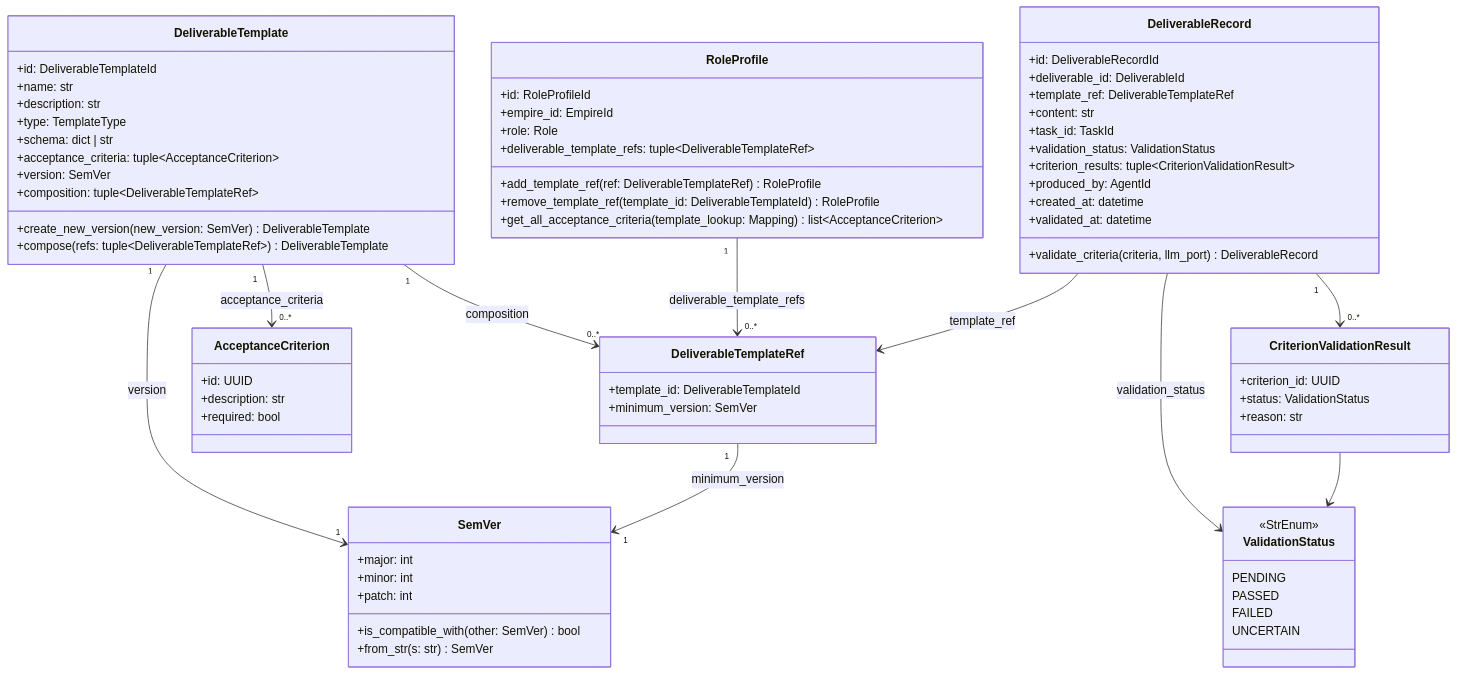
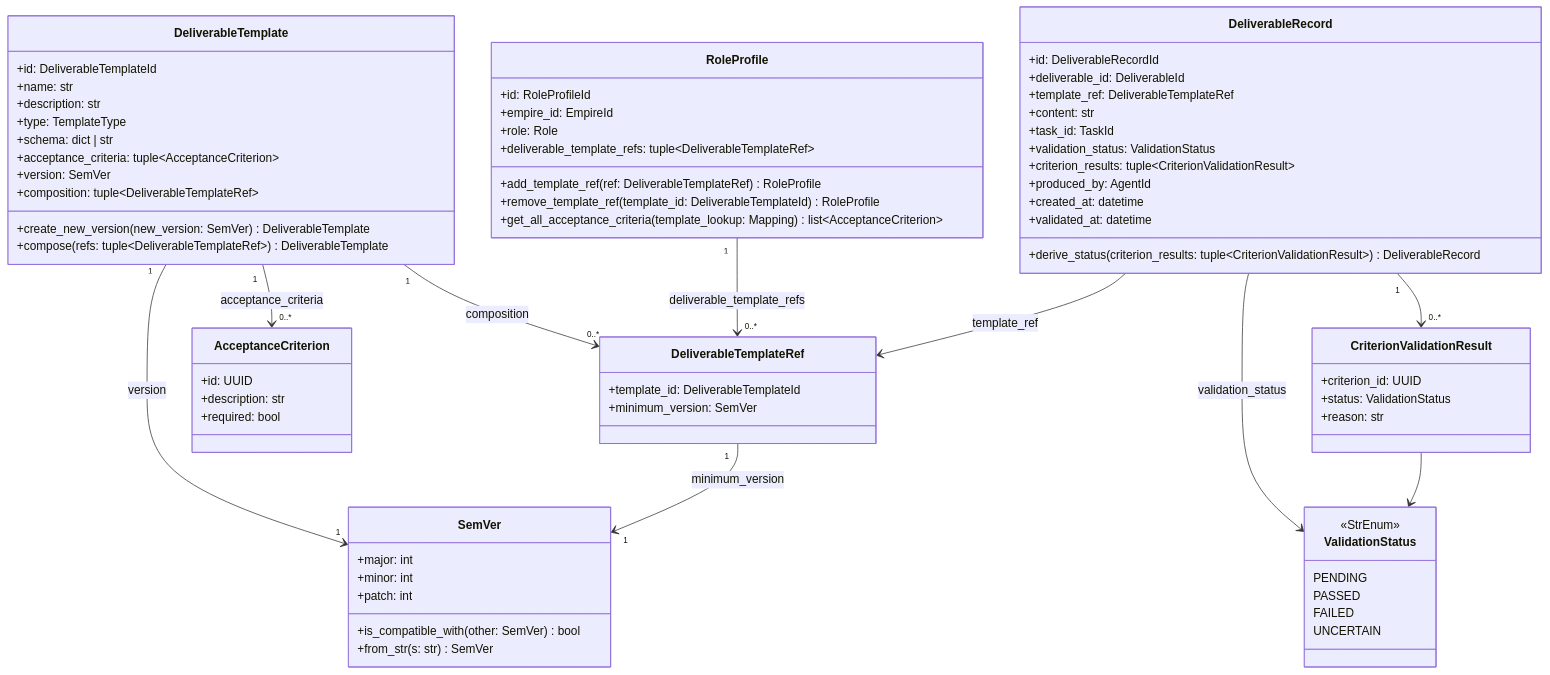
One commit to bakufu-dev/bakufu changed the diagram in docs/features/deliverable-template/domain/detailed-design.md. Above: the diagram before and after it, drawn with Mermaid. The commit also changed other lines of this file and 5 other files, not shown here.

````diff
--- a/docs/features/deliverable-template/domain/detailed-design.md
+++ b/docs/features/deliverable-template/domain/detailed-design.md
@@ -15,75 +15,75 @@
 ```mermaid
 classDiagram
     class DeliverableTemplate {
         +id: DeliverableTemplateId
         +name: str
         +description: str
         +type: TemplateType
         +schema: dict | str
         +acceptance_criteria: tuple~AcceptanceCriterion~
         +version: SemVer
         +composition: tuple~DeliverableTemplateRef~
         +create_new_version(new_version: SemVer) DeliverableTemplate
         +compose(refs: tuple~DeliverableTemplateRef~) DeliverableTemplate
     }
     class RoleProfile {
         +id: RoleProfileId
         +empire_id: EmpireId
         +role: Role
         +deliverable_template_refs: tuple~DeliverableTemplateRef~
         +add_template_ref(ref: DeliverableTemplateRef) RoleProfile
         +remove_template_ref(template_id: DeliverableTemplateId) RoleProfile
         +get_all_acceptance_criteria(template_lookup: Mapping) list~AcceptanceCriterion~
     }
     class SemVer {
         +major: int
         +minor: int
         +patch: int
         +is_compatible_with(other: SemVer) bool
         +from_str(s: str) SemVer
     }
     class DeliverableTemplateRef {
         +template_id: DeliverableTemplateId
         +minimum_version: SemVer
     }
     class AcceptanceCriterion {
         +id: UUID
         +description: str
         +required: bool
     }
     DeliverableTemplate "1" --> "0..*" AcceptanceCriterion : acceptance_criteria
     DeliverableTemplate "1" --> "1" SemVer : version
     DeliverableTemplate "1" --> "0..*" DeliverableTemplateRef : composition
     DeliverableTemplateRef "1" --> "1" SemVer : minimum_version
     RoleProfile "1" --> "0..*" DeliverableTemplateRef : deliverable_template_refs
 
     class DeliverableRecord {
         +id: DeliverableRecordId
         +deliverable_id: DeliverableId
         +template_ref: DeliverableTemplateRef
         +content: str
         +task_id: TaskId
         +validation_status: ValidationStatus
         +criterion_results: tuple~CriterionValidationResult~
         +produced_by: AgentId
         +created_at: datetime
         +validated_at: datetime
-        +validate_criteria(criteria, llm_port) DeliverableRecord
+        +derive_status(criterion_results: tuple~CriterionValidationResult~) DeliverableRecord
     }
     class ValidationStatus {
         <<StrEnum>>
         PENDING
         PASSED
         FAILED
         UNCERTAIN
     }
     class CriterionValidationResult {
         +criterion_id: UUID
         +status: ValidationStatus
         +reason: str
     }
     DeliverableRecord --> DeliverableTemplateRef : template_ref
     DeliverableRecord --> ValidationStatus : validation_status
     DeliverableRecord "1" --> "0..*" CriterionValidationResult
     CriterionValidationResult --> ValidationStatus
 ```
````
